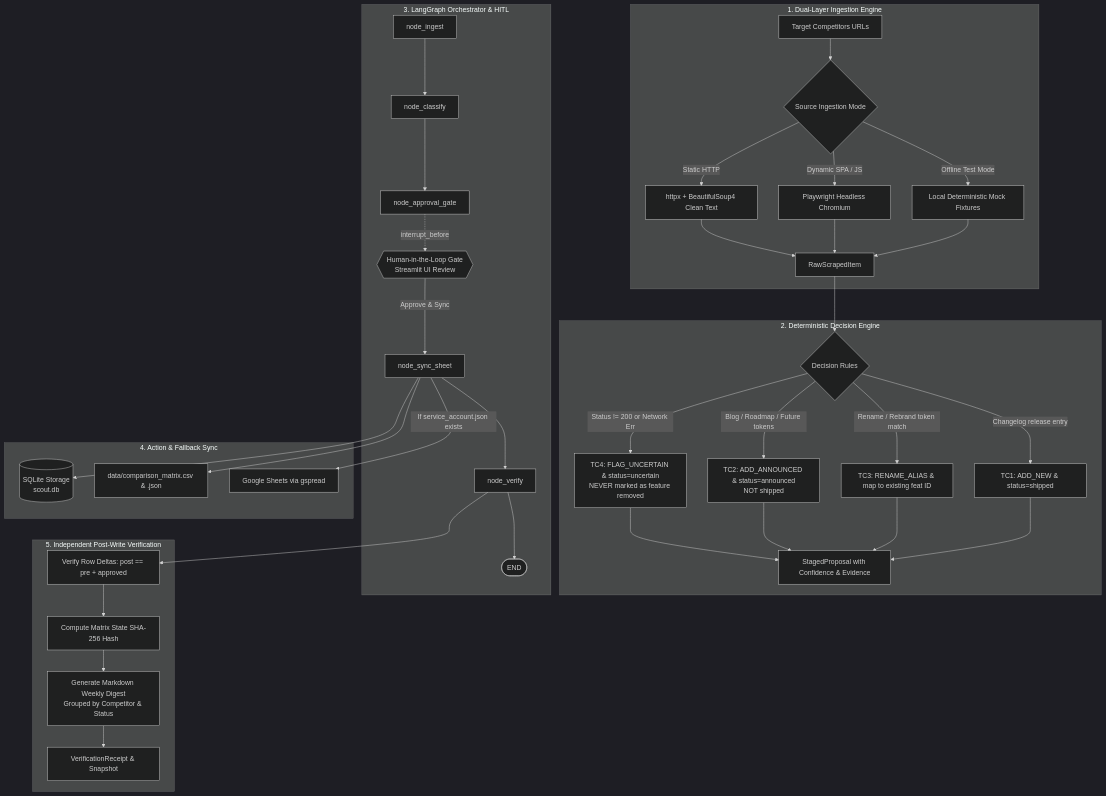
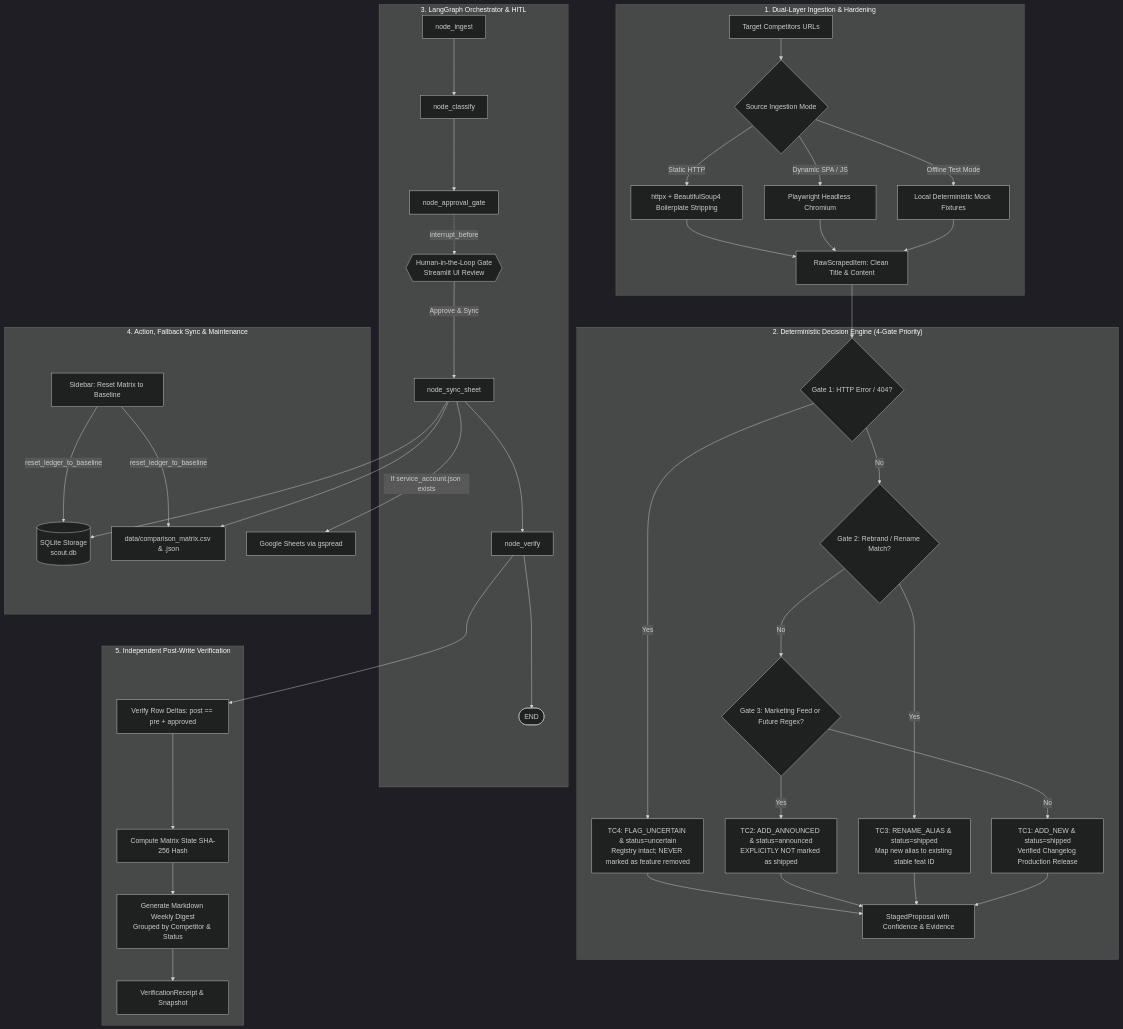
The diagram in README.md (Don-Cornelius-B/ziro-hackathon-agentic-ai), drawn with Mermaid (dark theme) before and after one commit. The commit also changed other lines of this file and 11 other files, not shown here.

Commit message:
feat: complete competitor changelog scout with HITL gate, dual-ledger sync, and E2E verification suite

````diff
--- a/README.md
+++ b/README.md
@@ -11,41 +11,44 @@
 ```mermaid
 flowchart TD
-    subgraph Ingestion["1. Dual-Layer Ingestion Engine"]
+    subgraph Ingestion["1. Dual-Layer Ingestion & Hardening"]
         A[Target Competitors URLs] --> B{Source Ingestion Mode}
-        B -->|Static HTTP| C[httpx + BeautifulSoup4 Clean Text]
+        B -->|Static HTTP| C[httpx + BeautifulSoup4 Boilerplate Stripping]
         B -->|Dynamic SPA / JS| D[Playwright Headless Chromium]
         B -->|Offline Test Mode| E[Local Deterministic Mock Fixtures]
-        C & D & E --> F[RawScrapedItem]
+        C & D & E --> F[RawScrapedItem: Clean Title & Content]
     end
 
-    subgraph Classifier["2. Deterministic Decision Engine"]
-        F --> G{Decision Rules}
-        G -->|Status != 200 or Network Err| H[TC4: FLAG_UNCERTAIN & status=uncertain\nNEVER marked as feature removed]
-        G -->|Blog / Roadmap / Future tokens| I[TC2: ADD_ANNOUNCED & status=announced\nNOT shipped]
-        G -->|Rename / Rebrand token match| J[TC3: RENAME_ALIAS & map to existing feat ID]
-        G -->|Changelog release entry| K[TC1: ADD_NEW & status=shipped]
+    subgraph Classifier["2. Deterministic Decision Engine (4-Gate Priority)"]
+        F --> G1{Gate 1: HTTP Error / 404?}
+        G1 -->|Yes| H[TC4: FLAG_UNCERTAIN & status=uncertain\nRegistry intact; NEVER marked as feature removed]
+        G1 -->|No| G2{Gate 2: Rebrand / Rename Match?}
+        G2 -->|Yes| J[TC3: RENAME_ALIAS & status=shipped\nMap new alias to existing stable feat ID]
+        G2 -->|No| G3{Gate 3: Marketing Feed or Future Regex?}
+        G3 -->|Yes| I[TC2: ADD_ANNOUNCED & status=announced\nEXPLICITLY NOT marked as shipped]
+        G3 -->|No| K[TC1: ADD_NEW & status=shipped\nVerified Changelog Production Release]
         H & I & J & K --> L[StagedProposal with Confidence & Evidence]
     end
 
     subgraph StateMachine["3. LangGraph Orchestrator & HITL"]
         M[node_ingest] --> N[node_classify]
         N --> O[node_approval_gate]
         O -.->|interrupt_before| P{{Human-in-the-Loop Gate\nStreamlit UI Review}}
         P -->|Approve & Sync| Q[node_sync_sheet]
         Q --> R[node_verify]
         R --> S([END])
     end
 
-    subgraph SyncEngine["4. Action & Fallback Sync"]
+    subgraph SyncEngine["4. Action, Fallback Sync & Maintenance"]
         Q --> T[(SQLite Storage\nscout.db)]
         Q --> U[data/comparison_matrix.csv & .json]
         Q -->|If service_account.json exists| V[Google Sheets via gspread]
+        W[Sidebar: Reset Matrix to Baseline] -->|reset_ledger_to_baseline| T & U
     end
 
     subgraph Verifier["5. Independent Post-Write Verification"]
-        R --> W[Verify Row Deltas: post == pre + approved]
-        W --> X[Compute Matrix State SHA-256 Hash]
-        X --> Y[Generate Markdown Weekly Digest\nGrouped by Competitor & Status]
-        Y --> Z[VerificationReceipt & Snapshot]
+        R --> X[Verify Row Deltas: post == pre + approved]
+        X --> Y[Compute Matrix State SHA-256 Hash]
+        Y --> Z[Generate Markdown Weekly Digest\nGrouped by Competitor & Status]
+        Z --> AA[VerificationReceipt & Snapshot]
     end
 ```
````
